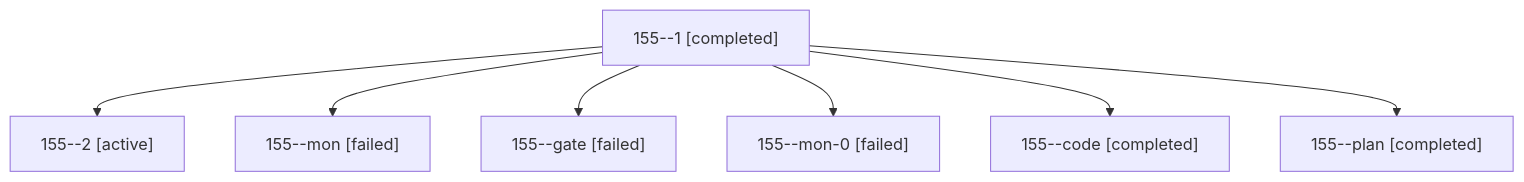
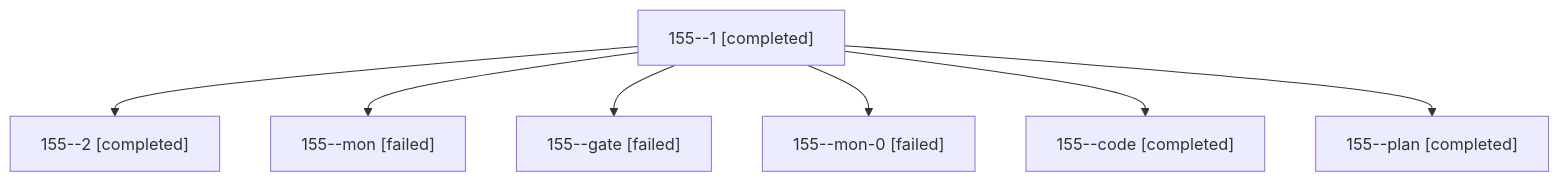
The diagram in sessions/bbugyi200.athena.155.md (bobs-org/bob-cli--agents), drawn with Mermaid before and after one commit. The commit also changed other lines of this file and 140 other files, not shown here.

````diff
--- a/sessions/bbugyi200.athena.155.md
+++ b/sessions/bbugyi200.athena.155.md
@@ -9,16 +9,16 @@
 ```mermaid
 flowchart TD
   n0["155--1 [completed]"]
-  n1["155--2 [active]"]
+  n1["155--2 [completed]"]
   n0 --> n1
   n2["155--mon [failed]"]
   n0 --> n2
   n3["155--gate [failed]"]
   n0 --> n3
   n4["155--mon-0 [failed]"]
   n0 --> n4
   n5["155--code [completed]"]
   n0 --> n5
   n6["155--plan [completed]"]
   n0 --> n6
 ```
````
